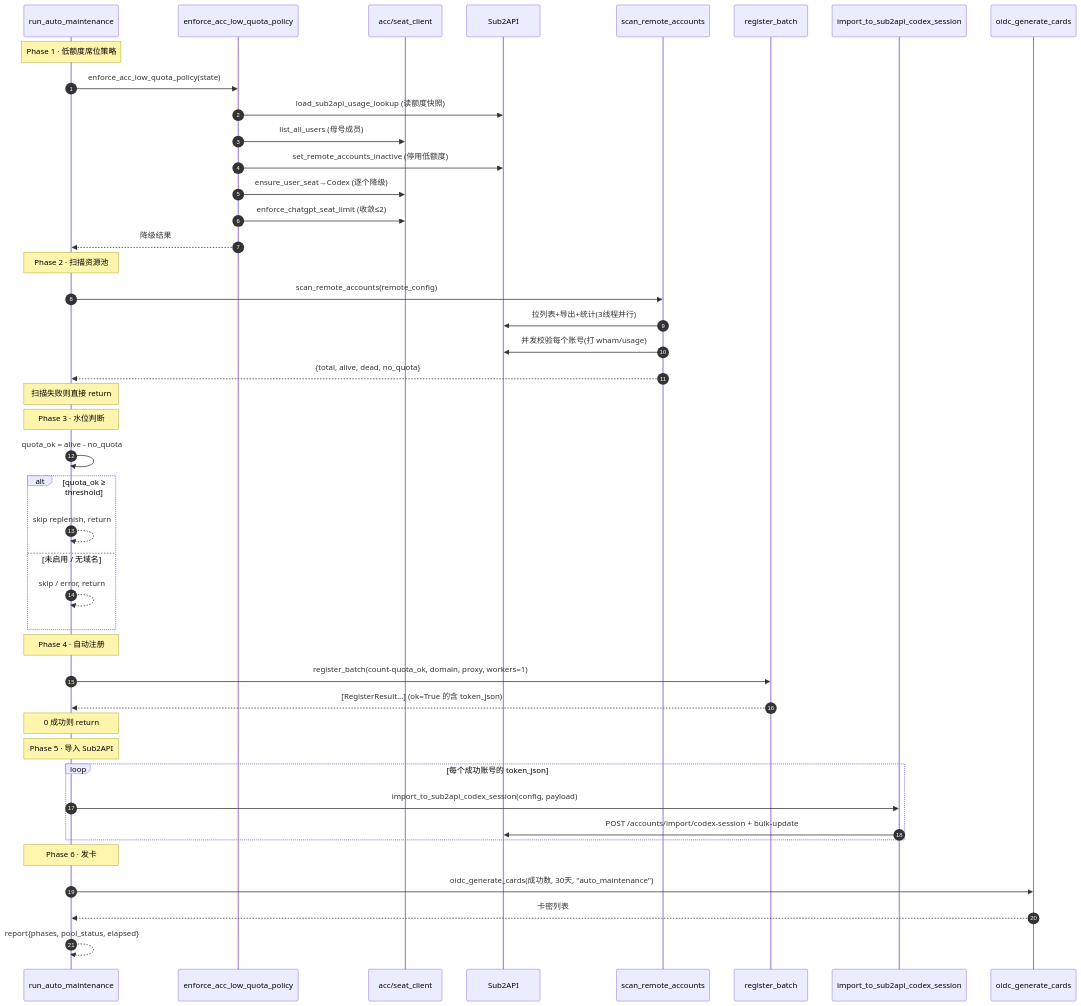
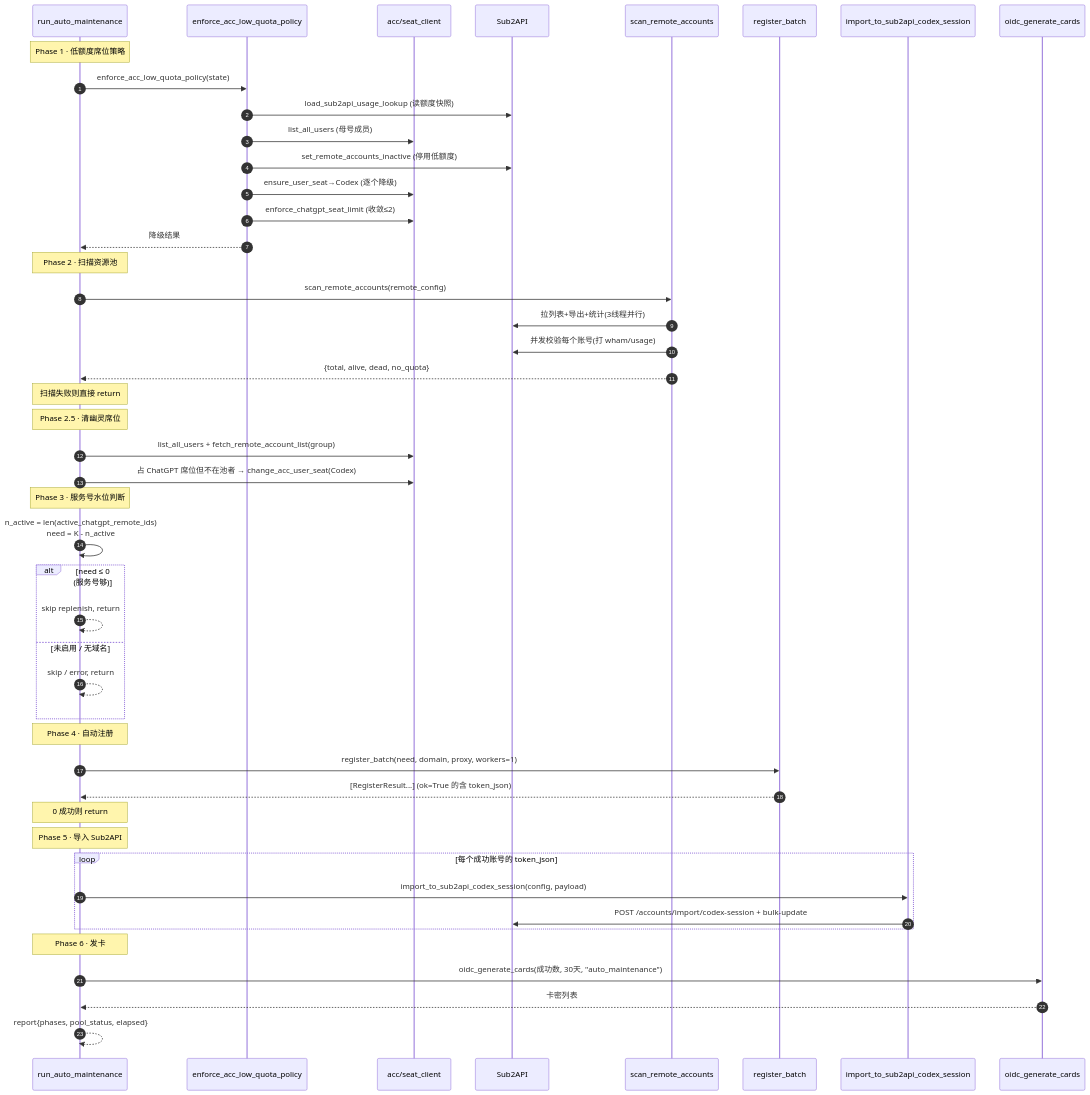
The fourth of 5 diagrams in docs/03-自动维护流水线.md (javooizz/newtoken), drawn with Mermaid before and after one commit. The commit also changed other lines of this file and 31 other files, not shown here.

````diff
--- a/docs/03-自动维护流水线.md
+++ b/docs/03-自动维护流水线.md
@@ -157,52 +157,56 @@
 ```mermaid
 sequenceDiagram
     autonumber
     participant AUTO as run_auto_maintenance
     participant ACC as enforce_acc_low_quota_policy
     participant SEAT as acc/seat_client
     participant S2A as Sub2API
     participant SCAN as scan_remote_accounts
     participant REG as register_batch
     participant IMP as import_to_sub2api_codex_session
     participant OIDC as oidc_generate_cards
 
     Note over AUTO: Phase 1 · 低额度席位策略
     AUTO->>ACC: enforce_acc_low_quota_policy(state)
     ACC->>S2A: load_sub2api_usage_lookup (读额度快照)
     ACC->>SEAT: list_all_users (母号成员)
     ACC->>S2A: set_remote_accounts_inactive (停用低额度)
     ACC->>SEAT: ensure_user_seat→Codex (逐个降级)
     ACC->>SEAT: enforce_chatgpt_seat_limit (收敛≤2)
     ACC-->>AUTO: 降级结果
 
     Note over AUTO: Phase 2 · 扫描资源池
     AUTO->>SCAN: scan_remote_accounts(remote_config)
     SCAN->>S2A: 拉列表+导出+统计(3线程并行)
     SCAN->>S2A: 并发校验每个账号(打 wham/usage)
     SCAN-->>AUTO: {total, alive, dead, no_quota}
     Note over AUTO: 扫描失败则直接 return
 
-    Note over AUTO: Phase 3 · 水位判断
-    AUTO->>AUTO: quota_ok = alive - no_quota
-    alt quota_ok ≥ threshold
+    Note over AUTO: Phase 2.5 · 清幽灵席位
+    AUTO->>SEAT: list_all_users + fetch_remote_account_list(group)
+    AUTO->>SEAT: 占 ChatGPT 席位但不在池者 → change_acc_user_seat(Codex)
+
+    Note over AUTO: Phase 3 · 服务号水位判断
+    AUTO->>AUTO: n_active = len(active_chatgpt_remote_ids)<br/>need = K - n_active
+    alt need ≤ 0 (服务号够)
         AUTO-->>AUTO: skip replenish, return
     else 未启用 / 无域名
         AUTO-->>AUTO: skip / error, return
     end
 
     Note over AUTO: Phase 4 · 自动注册
-    AUTO->>REG: register_batch(count-quota_ok, domain, proxy, workers=1)
+    AUTO->>REG: register_batch(need, domain, proxy, workers=1)
     REG-->>AUTO: [RegisterResult...] (ok=True 的含 token_json)
     Note over AUTO: 0 成功则 return
 
     Note over AUTO: Phase 5 · 导入 Sub2API
     loop 每个成功账号的 token_json
         AUTO->>IMP: import_to_sub2api_codex_session(config, payload)
         IMP->>S2A: POST /accounts/import/codex-session + bulk-update
     end
 
     Note over AUTO: Phase 6 · 发卡
     AUTO->>OIDC: oidc_generate_cards(成功数, 30天, "auto_maintenance")
     OIDC-->>AUTO: 卡密列表
     AUTO-->>AUTO: report{phases, pool_status, elapsed}
 ```
````
